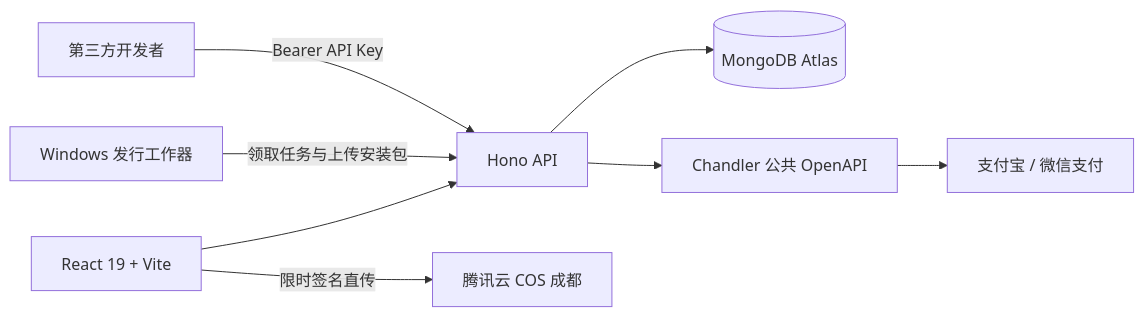
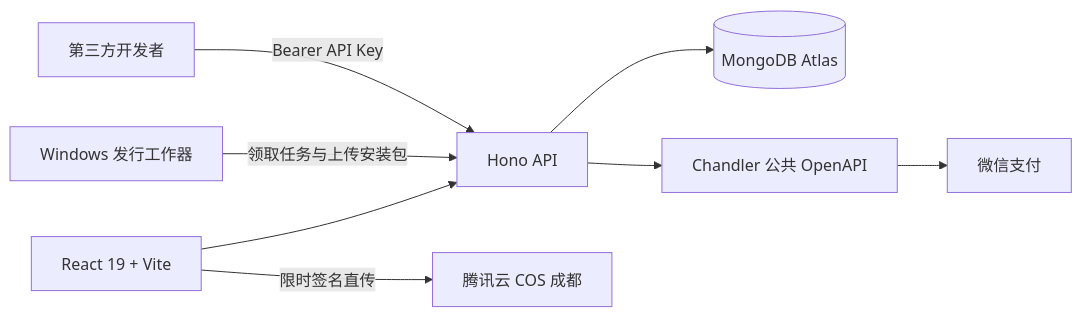
One commit to xiewenlin/GulongAgent changed the diagram in README.md. Above: the diagram before and after it, drawn with Mermaid. The commit also changed other lines of this file and 15 other files, not shown here.

````diff
--- a/README.md
+++ b/README.md
@@ -34,10 +34,10 @@
 ```mermaid
 flowchart LR
   A[React 19 + Vite] --> B[Hono API]
   B --> C[(MongoDB Atlas)]
   A -->|限时签名直传| D[腾讯云 COS 成都]
   B --> E[Chandler 公共 OpenAPI]
-  E --> F[支付宝 / 微信支付]
+  E --> F[微信支付]
   H[Windows 发行工作器] -->|领取任务与上传安装包| B
   G[第三方开发者] -->|Bearer API Key| B
 ```
````
